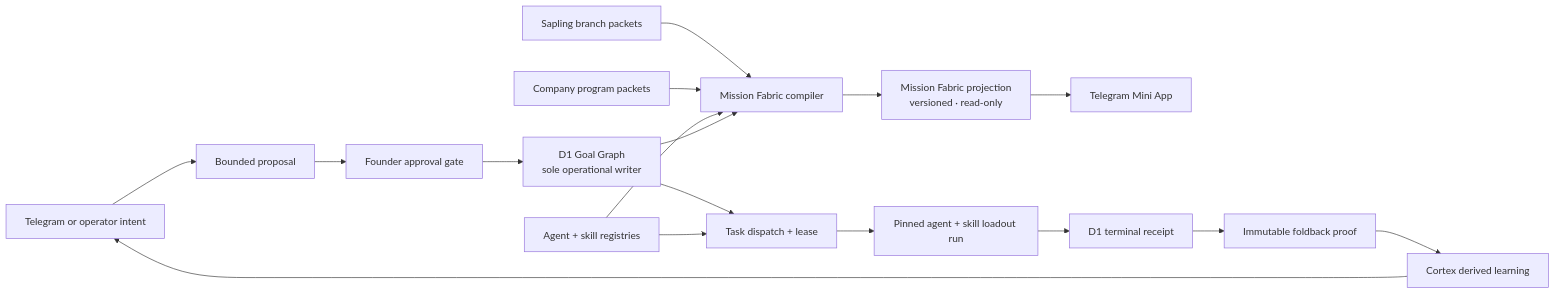
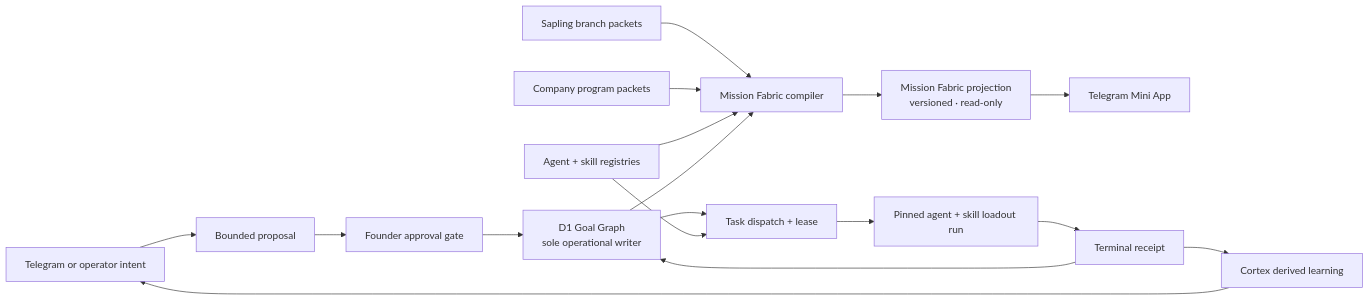
The diagram in docs/architecture/cambium-operating-fabric.md (Sheshiyer/cambium), drawn with Mermaid before and after one commit. The commit also changed other lines of this file and 51 other files, not shown here.

````diff
--- a/docs/architecture/cambium-operating-fabric.md
+++ b/docs/architecture/cambium-operating-fabric.md
@@ -447,22 +447,22 @@
 ```mermaid
 flowchart LR
   Intent["Telegram or operator intent"] --> Proposal["Bounded proposal"]
   Proposal --> Gate["Founder approval gate"]
   Gate --> D1["D1 Goal Graph<br/>sole operational writer"]
 
   Branch["Sapling branch packets"] --> Compiler["Mission Fabric compiler"]
   Program["Company program packets"] --> Compiler
   Registry["Agent + skill registries"] --> Compiler
   D1 --> Compiler
 
   Compiler --> Projection["Mission Fabric projection<br/>versioned · read-only"]
   Projection --> MiniApp["Telegram Mini App"]
 
   D1 --> Dispatch["Task dispatch + lease"]
   Registry --> Dispatch
   Dispatch --> Run["Pinned agent + skill loadout run"]
-  Run --> Receipt["D1 terminal receipt"]
-  Receipt --> Foldback["Immutable foldback proof"]
-  Foldback --> Cortex["Cortex derived learning"]
+  Run --> Receipt["Terminal receipt"]
+  Receipt --> D1
+  Receipt --> Cortex["Cortex derived learning"]
   Cortex --> Intent
 ```
````
